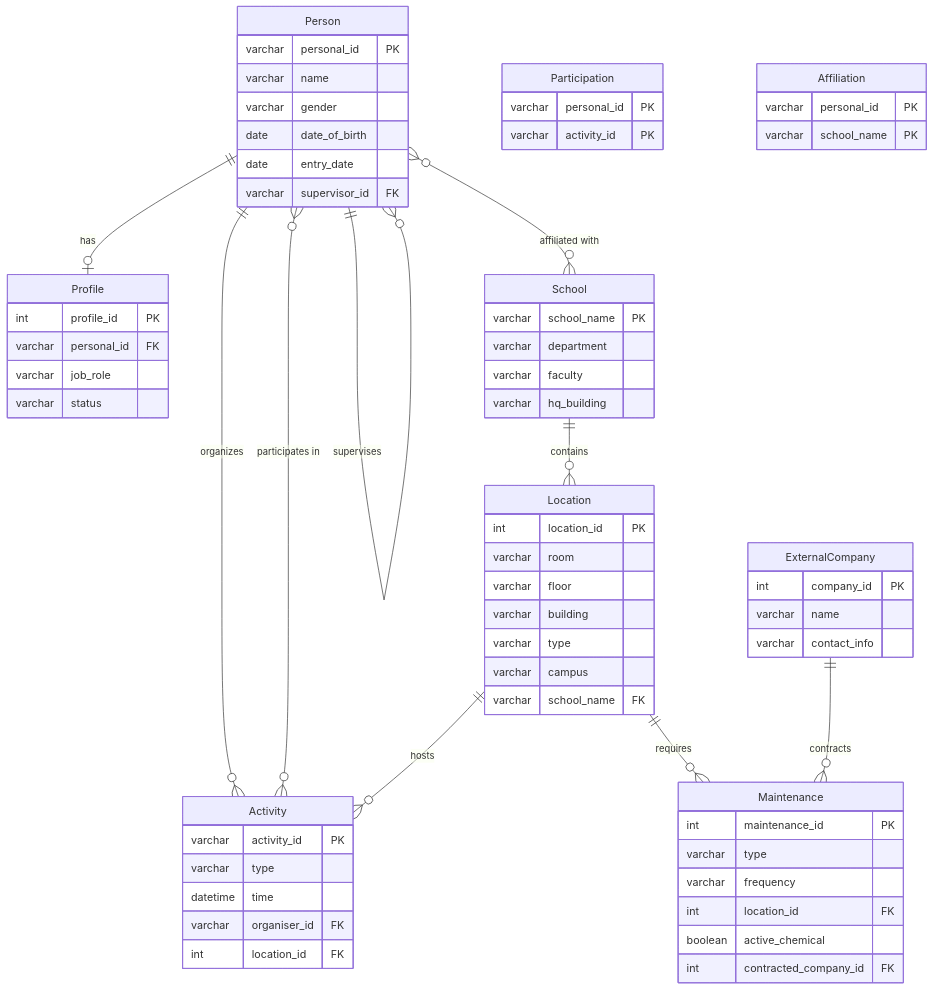
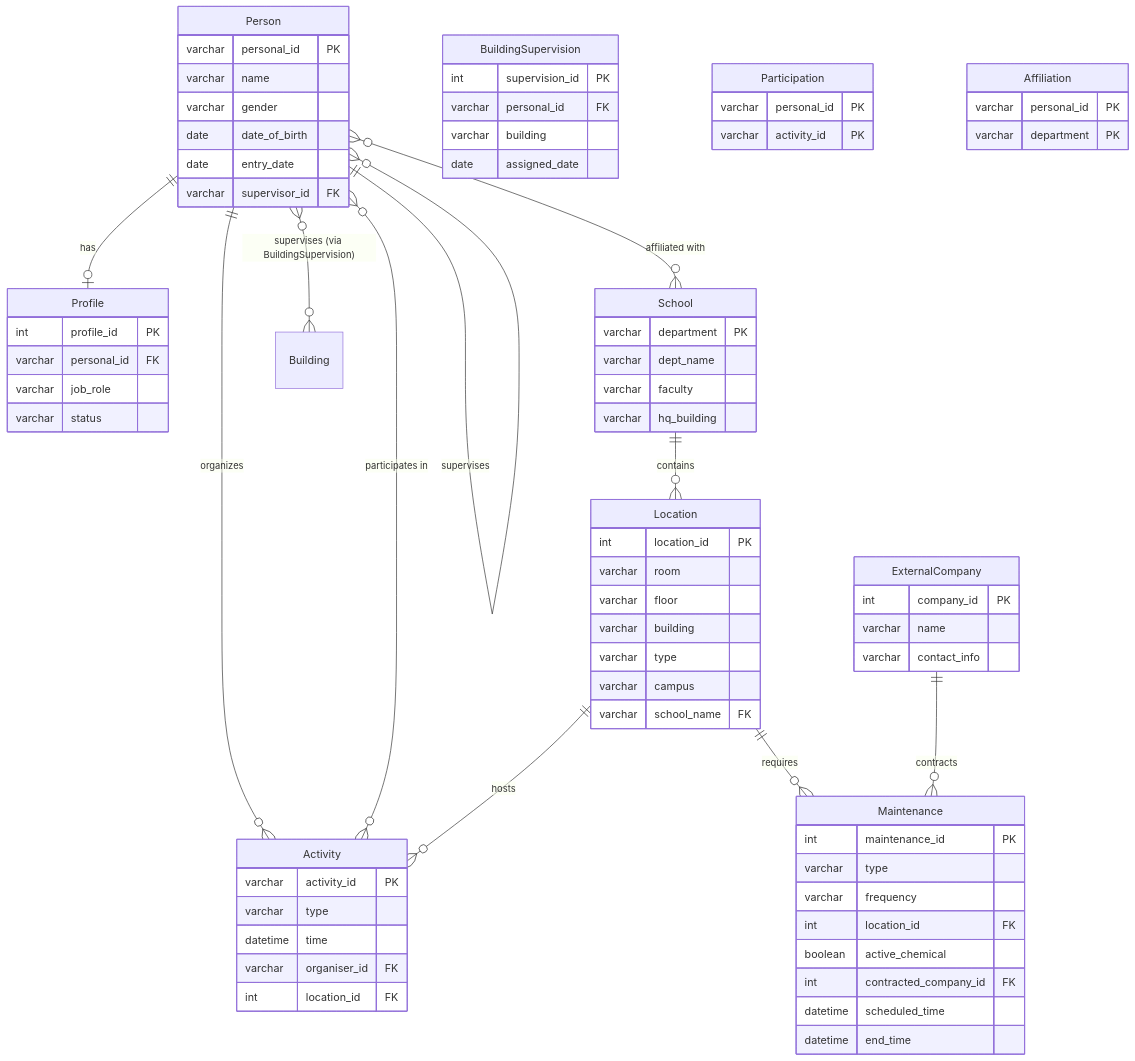
Before and after one commit to HaochenFa/COMP2411_DBMS_CMMS_GroupProject: the third of 14 diagrams in PROJECT_REPORT.md, drawn with Mermaid. The commit also changed other lines of this file, not shown here.

````diff
--- a/PROJECT_REPORT.md
+++ b/PROJECT_REPORT.md
@@ -134,9 +134,10 @@
     School ||--o{ Location : "contains"
     Location ||--o{ Activity : "hosts"
     Location ||--o{ Maintenance : "requires"
-    
+
     ExternalCompany ||--o{ Maintenance : "contracts"
-    
+    Person }o--o{ Building : "supervises (via BuildingSupervision)"
+
     Person {
         varchar personal_id PK
         varchar name
@@ -145,19 +146,26 @@
         date entry_date
         varchar supervisor_id FK
     }
-    
+
     Profile {
         int profile_id PK
         varchar personal_id FK
         varchar job_role
         varchar status
     }
-    
+
     School {
-        varchar school_name PK
-        varchar department
+        varchar department PK
+        varchar dept_name
         varchar faculty
         varchar hq_building
+    }
+
+    BuildingSupervision {
+        int supervision_id PK
+        varchar personal_id FK
+        varchar building
+        date assigned_date
     }
     
     Location {
@@ -185,6 +193,8 @@
         int location_id FK
         boolean active_chemical
         int contracted_company_id FK
+        datetime scheduled_time
+        datetime end_time
     }
     
     ExternalCompany {
@@ -200,6 +210,6 @@
     
     Affiliation {
         varchar personal_id PK
-        varchar school_name PK
+        varchar department PK
     }
 ```
````
